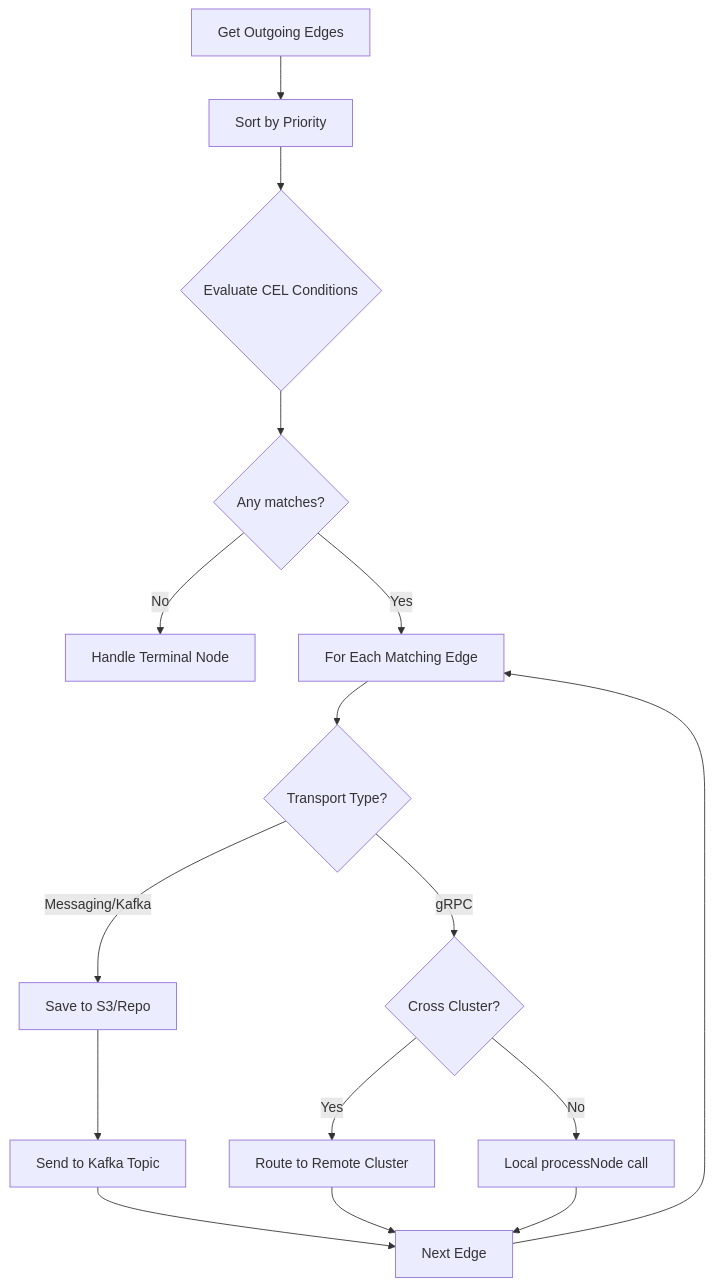
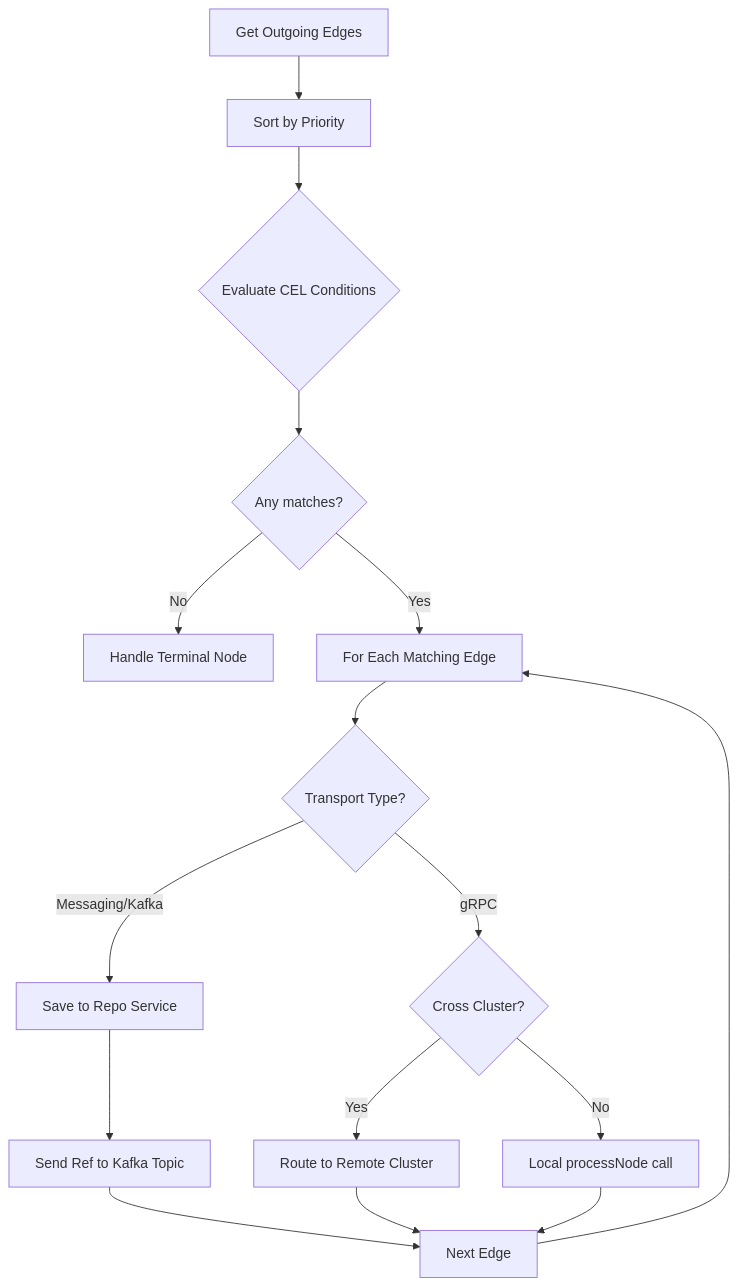
One commit to ai-pipestream/pipestream-engine changed the third of 4 diagrams in docs/architecture/02-processing-loop.md. Above: the diagram before and after it, drawn with Mermaid. The commit also changed other lines of this file, not shown here.

````diff
--- a/docs/architecture/02-processing-loop.md
+++ b/docs/architecture/02-processing-loop.md
@@ -207,18 +242,18 @@
 ```mermaid
 flowchart TD
     FindEdges[Get Outgoing Edges] --> Sort[Sort by Priority]
     Sort --> Eval{Evaluate CEL Conditions}
     Eval --> None{Any matches?}
     None -- No --> Terminal[Handle Terminal Node]
     None -- Yes --> Loop[For Each Matching Edge]
     Loop --> Transport{Transport Type?}
-    Transport -- Messaging/Kafka --> S3[Save to S3/Repo]
-    S3 --> Kafka[Send to Kafka Topic]
+    Transport -- Messaging/Kafka --> Save[Save to Repo Service]
+    Save --> Kafka[Send Ref to Kafka Topic]
     Transport -- gRPC --> Cluster{Cross Cluster?}
     Cluster -- Yes --> Remote[Route to Remote Cluster]
     Cluster -- No --> Local[Local processNode call]
     Kafka --> LoopEnd[Next Edge]
     Remote --> LoopEnd
     Local --> LoopEnd
     LoopEnd --> Loop
 ```
````
